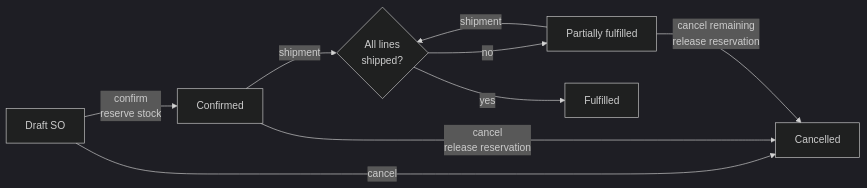
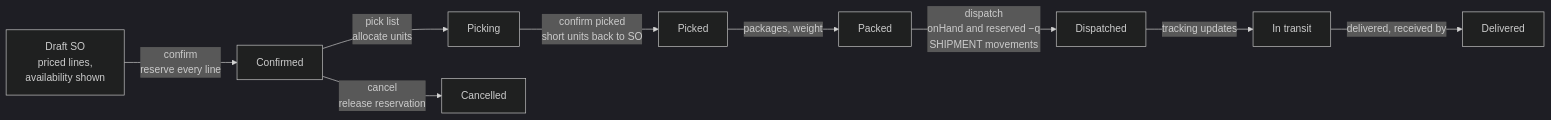
The second of 11 diagrams in docs/ARCHITECTURE.md (Jerolin911/StockFlow), drawn with Mermaid (dark theme) before and after one commit. The commit also changed other lines of this file and 49 other files, not shown here.

````diff
--- a/docs/ARCHITECTURE.md
+++ b/docs/ARCHITECTURE.md
@@ -95,11 +95,11 @@
 ```mermaid
 flowchart LR
-    A[Draft SO] -->|confirm<br/>reserve stock| B[Confirmed]
-    B -->|shipment| C{All lines<br/>shipped?}
-    C -->|no| D[Partially fulfilled]
-    D -->|shipment| C
-    C -->|yes| E[Fulfilled]
-    A -->|cancel| X[Cancelled]
-    B -->|cancel<br/>release reservation| X
-    D -->|cancel remaining<br/>release reservation| X
+    A[Draft SO<br/>priced lines,<br/>availability shown] -->|confirm<br/>reserve every line| B[Confirmed]
+    B -->|pick list<br/>allocate units| P[Picking]
+    P -->|confirm picked<br/>short units back to SO| K[Picked]
+    K -->|packages, weight| G[Packed]
+    G -->|dispatch<br/>onHand and reserved −q<br/>SHIPMENT movements| D[Dispatched]
+    D -->|tracking updates| T[In transit]
+    T -->|delivered, received by| V[Delivered]
+    B -->|cancel<br/>release reservation| X[Cancelled]
 ```
````
